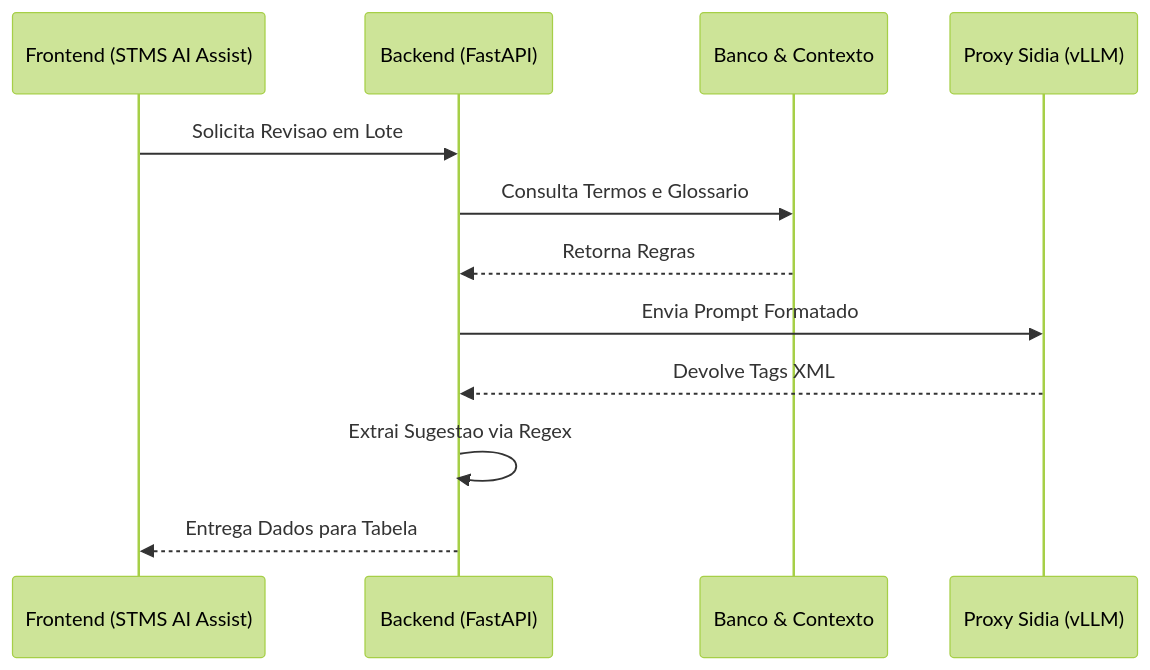
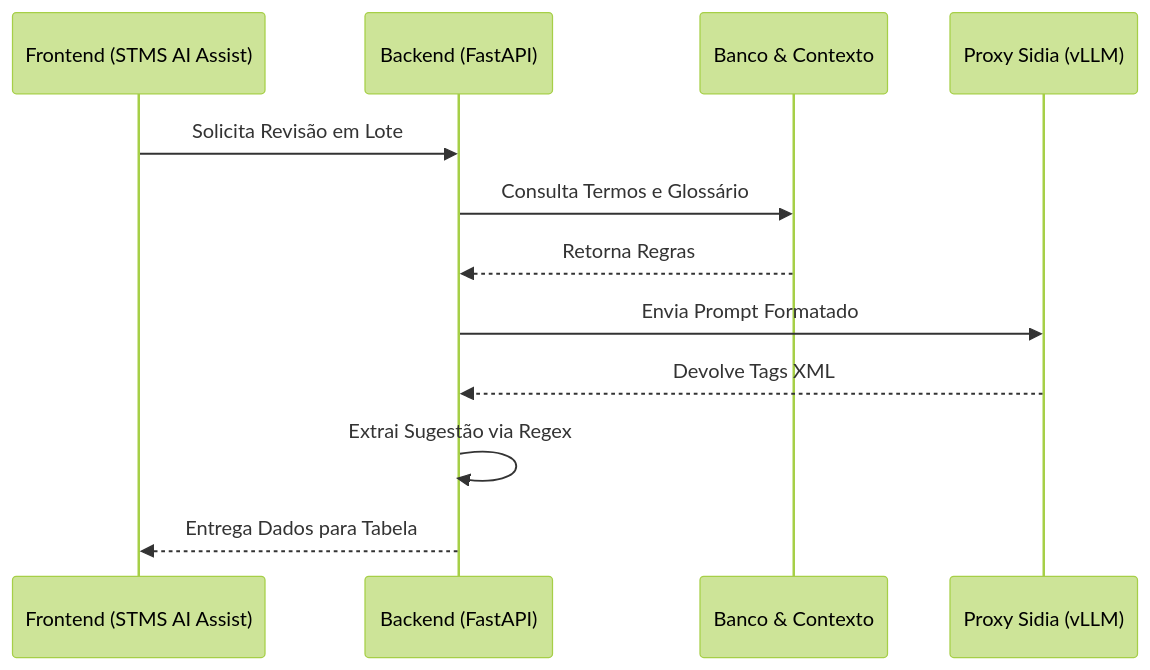
One commit to gvcds/srmt_july changed the first of 2 diagrams in stms_assist.md. Above: the diagram before and after it, drawn with Mermaid (forest theme). The commit also changed other lines of this file, not shown here.

````diff
--- a/stms_assist.md
+++ b/stms_assist.md
@@ -11,15 +11,15 @@
 ```mermaid
 sequenceDiagram
     participant Front as Frontend (STMS AI Assist)
     participant Back as Backend (FastAPI)
     participant DB as Banco & Contexto
     participant IA as Proxy Sidia (vLLM)
 
-    Front->>Back: Solicita Revisao em Lote
-    Back->>DB: Consulta Termos e Glossario
+    Front->>Back: Solicita Revisão em Lote
+    Back->>DB: Consulta Termos e Glossário
     DB-->>Back: Retorna Regras
     Back->>IA: Envia Prompt Formatado
     IA-->>Back: Devolve Tags XML
-    Back->>Back: Extrai Sugestao via Regex
+    Back->>Back: Extrai Sugestão via Regex
     Back-->>Front: Entrega Dados para Tabela
 ```
````
